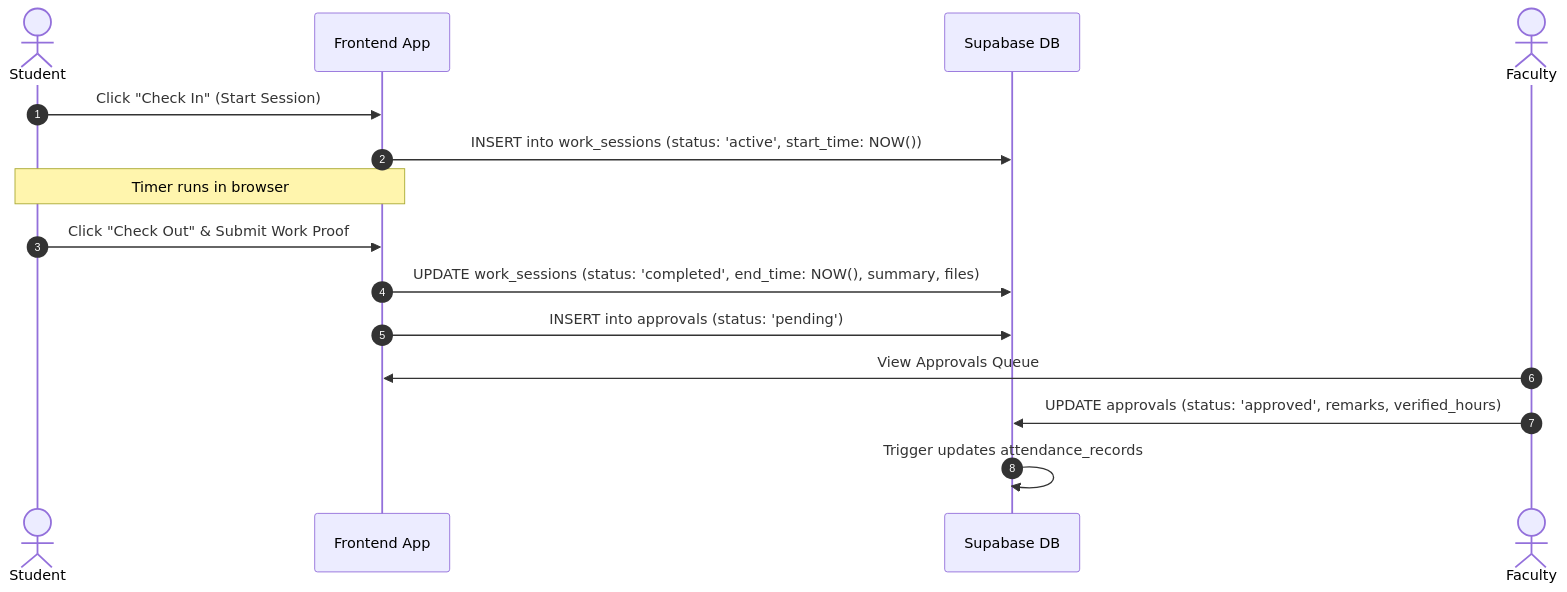
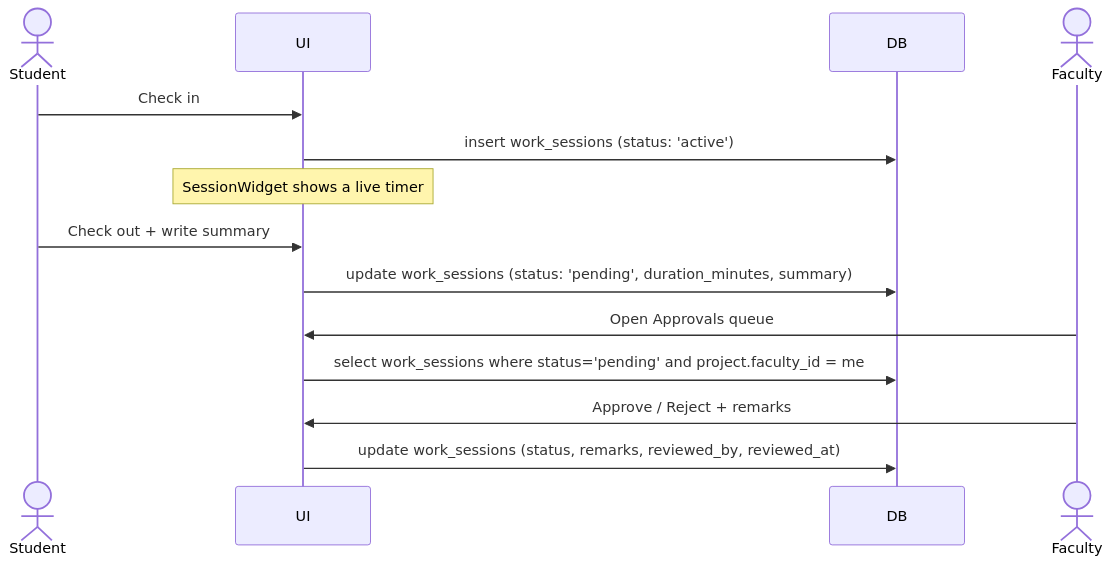
The fourth of 5 diagrams in docs/PROJECT_ARCHITECTURE.md (nonimousmusic/navs), drawn with Mermaid before and after one commit. The commit also changed other lines of this file and 2 other files, not shown here.

````diff
--- a/docs/PROJECT_ARCHITECTURE.md
+++ b/docs/PROJECT_ARCHITECTURE.md
@@ -109,18 +79,17 @@
 ```mermaid
 sequenceDiagram
-    autonumber
     actor Student
-    participant UI as Frontend App
-    participant DB as Supabase DB
+    participant UI
+    participant DB
     actor Faculty
 
-    Student->>UI: Click "Check In" (Start Session)
-    UI->>DB: INSERT into work_sessions (status: 'active', start_time: NOW())
-    Note over Student, UI: Timer runs in browser
-    Student->>UI: Click "Check Out" & Submit Work Proof
-    UI->>DB: UPDATE work_sessions (status: 'completed', end_time: NOW(), summary, files)
-    UI->>DB: INSERT into approvals (status: 'pending')
-    Faculty->>UI: View Approvals Queue
-    Faculty->>DB: UPDATE approvals (status: 'approved', remarks, verified_hours)
-    DB->>DB: Trigger updates attendance_records
+    Student->>UI: Check in
+    UI->>DB: insert work_sessions (status: 'active')
+    Note over UI: SessionWidget shows a live timer
+    Student->>UI: Check out + write summary
+    UI->>DB: update work_sessions (status: 'pending', duration_minutes, summary)
+    Faculty->>UI: Open Approvals queue
+    UI->>DB: select work_sessions where status='pending' and project.faculty_id = me
+    Faculty->>UI: Approve / Reject + remarks
+    UI->>DB: update work_sessions (status, remarks, reviewed_by, reviewed_at)
 ```
````
